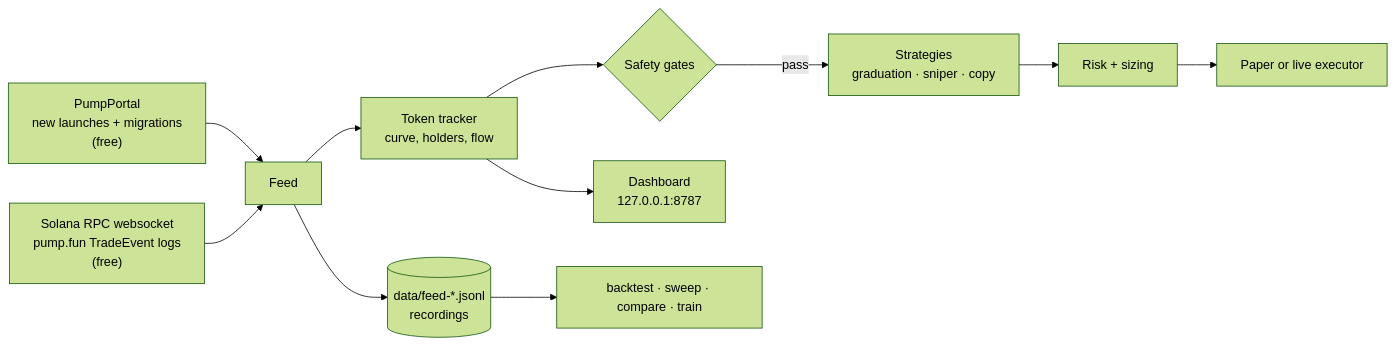
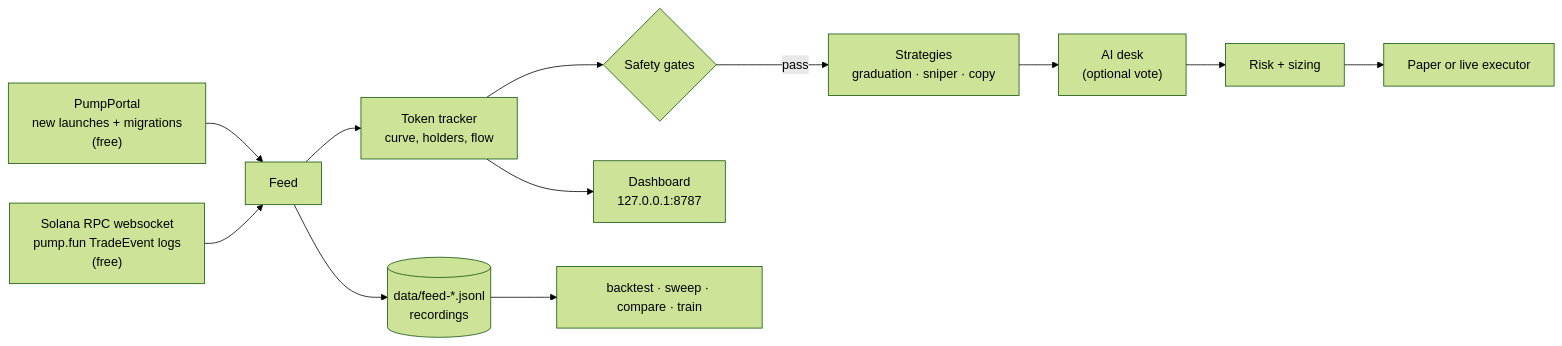
Before and after one commit to m3n4ce-dev/meme_traderv1: the diagram in README.md, drawn with Mermaid (forest theme). The commit also changed other lines of this file and 10 other files, not shown here.

````diff
--- a/README.md
+++ b/README.md
@@ -74,13 +102,14 @@
 ```mermaid
 flowchart LR
   PP["PumpPortal<br/>new launches + migrations<br/>(free)"] --> F[Feed]
   RPC["Solana RPC websocket<br/>pump.fun TradeEvent logs<br/>(free)"] --> F
   F --> T["Token tracker<br/>curve, holders, flow"]
   T --> G{"Safety gates"}
   G -- pass --> S["Strategies<br/>graduation · sniper · copy"]
-  S --> R["Risk + sizing"]
+  S --> D["AI desk<br/>(optional vote)"]
+  D --> R["Risk + sizing"]
   R --> X["Paper or live executor"]
   F --> REC[("data/feed-*.jsonl<br/>recordings")]
   REC --> BT["backtest · sweep · compare · train"]
   T --> UI["Dashboard<br/>127.0.0.1:8787"]
 ```
````
